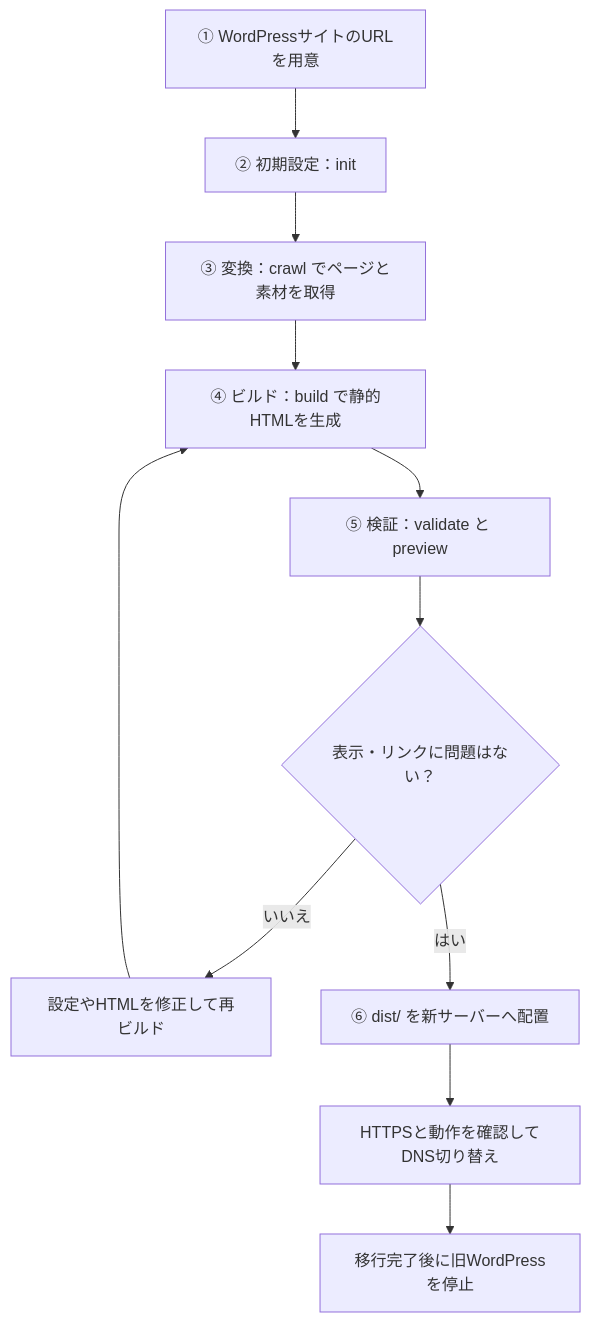
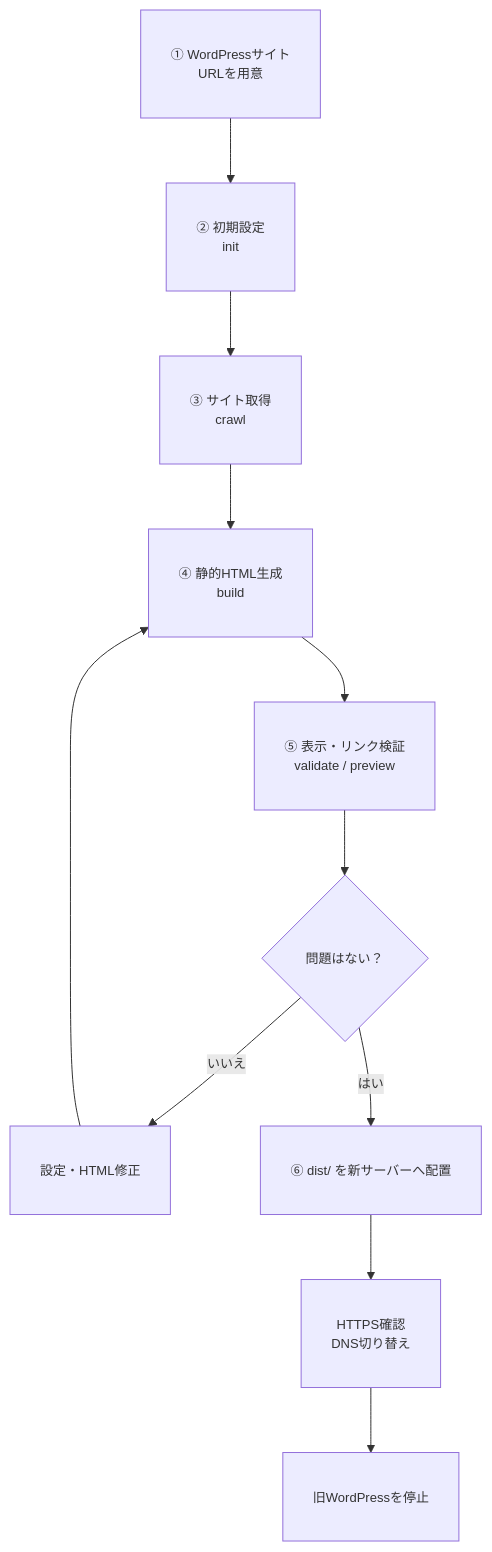
Before and after one commit to yuucha/WPStaticMigrator: the first of 2 diagrams in README.md, drawn with Mermaid. The commit also changed other lines of this file, not shown here.

Commit message:
docs: Fix Mermaid diagram text clipping

````diff
--- a/README.md
+++ b/README.md
@@ -11,13 +11,16 @@
 ```mermaid
+%%{init: {"themeVariables": {"fontSize": "13px"}, "flowchart": {"htmlLabels": true, "nodeSpacing": 90, "rankSpacing": 65}}}%%
 flowchart TD
-    A["① WordPressサイトのURLを用意"] --> B["② 初期設定：init"]
-    B --> C["③ 変換：crawl でページと素材を取得"]
-    C --> D["④ ビルド：build で静的HTMLを生成"]
-    D --> E["⑤ 検証：validate と preview"]
-    E --> F{"表示・リンクに問題はない？"}
-    F -->|いいえ| G["設定やHTMLを修正して再ビルド"]
+    A["① WordPressサイト<br/>URLを用意"] --> B["② 初期設定<br/>init"]
+    B --> C["③ サイト取得<br/>crawl"]
+    C --> D["④ 静的HTML生成<br/>build"]
+    D --> E["⑤ 表示・リンク検証<br/>validate / preview"]
+    E --> F{"問題はない？"}
+    F -->|いいえ| G["設定・HTML修正"]
     G --> D
     F -->|はい| H["⑥ dist/ を新サーバーへ配置"]
-    H --> I["HTTPSと動作を確認してDNS切り替え"]
-    I --> J["移行完了後に旧WordPressを停止"]
+    H --> I["HTTPS確認<br/>DNS切り替え"]
+    I --> J["旧WordPressを停止"]
+    classDef readable font-size:13px,padding:18px;
+    class A,B,C,D,E,F,G,H,I,J readable;
 ```
````
